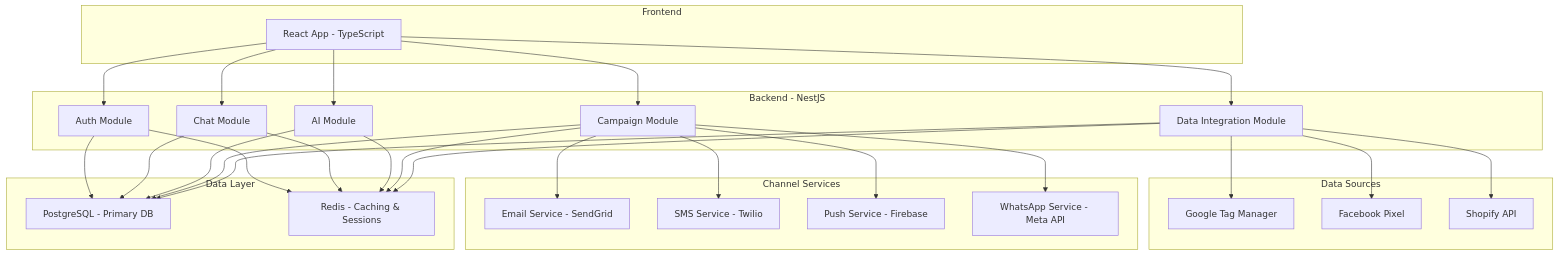
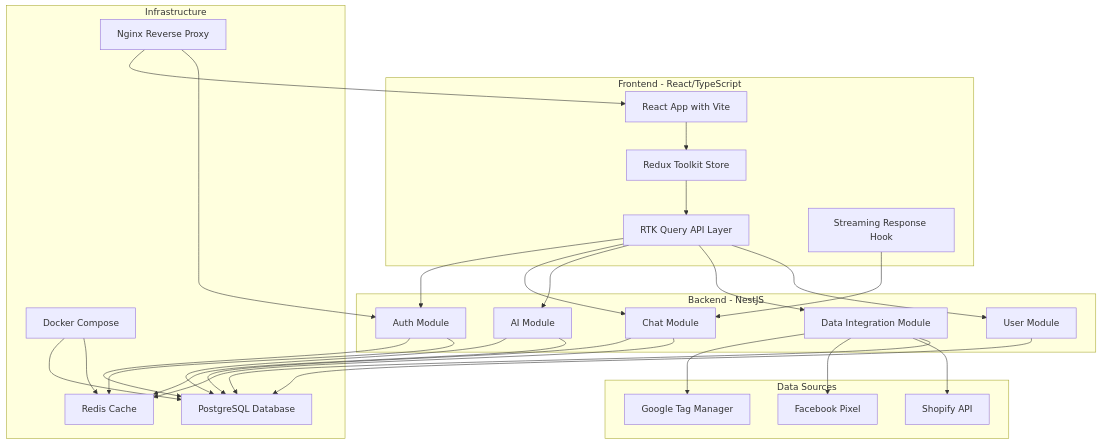
One commit to sakibrahmanchy/markopolo-ai-fullstack-challenge changed the first of 8 diagrams in docs/system-design.md. Above: the diagram before and after it, drawn with Mermaid. The commit also changed other lines of this file and 18 other files, not shown here.

````diff
--- a/docs/system-design.md
+++ b/docs/system-design.md
@@ -9,55 +9,54 @@
 ```mermaid
 graph TB
-    subgraph "Frontend"
-        A[React App - TypeScript]
+    subgraph "Frontend - React/TypeScript"
+        A[React App with Vite]
+        B[Redux Toolkit Store]
+        C[RTK Query API Layer]
+        D[Streaming Response Hook]
     end
     
     subgraph "Backend - NestJS"
-        B[Auth Module]
-        C[Chat Module]
-        D[AI Module]
-        E[Campaign Module]
-        F[Data Integration Module]
+        E[Auth Module]
+        F[Chat Module]
+        G[AI Module]
+        H[Data Integration Module]
+        I[User Module]
     end
     
     subgraph "Data Sources"
-        G[Google Tag Manager]
-        H[Facebook Pixel]
-        I[Shopify API]
+        J[Google Tag Manager]
+        K[Facebook Pixel]
+        L[Shopify API]
     end
     
-    subgraph "Channel Services"
-        J[Email Service - SendGrid]
-        K[SMS Service - Twilio]
-        L[Push Service - Firebase]
-        M[WhatsApp Service - Meta API]
-    end
-    
-    subgraph "Data Layer"
-        N[PostgreSQL - Primary DB]
-        O[Redis - Caching & Sessions]
+    subgraph "Infrastructure"
+        M[PostgreSQL Database]
+        N[Redis Cache]
+        O[Docker Compose]
+        P[Nginx Reverse Proxy]
     end
     
     A --> B
-    A --> C
-    A --> D
-    A --> E
-    A --> F
-    F --> G
-    F --> H
-    F --> I
-    E --> J
-    E --> K
-    E --> L
+    B --> C
+    C --> E
+    C --> F
+    C --> G
+    C --> H
+    C --> I
+    D --> F
+    H --> J
+    H --> K
+    H --> L
     E --> M
-    B --> N
-    C --> N
-    D --> N
+    F --> M
+    G --> M
+    H --> M
+    I --> M
     E --> N
     F --> N
-    B --> O
-    C --> O
-    D --> O
-    E --> O
-    F --> O
+    G --> N
+    O --> M
+    O --> N
+    P --> A
+    P --> E
 ```
````
